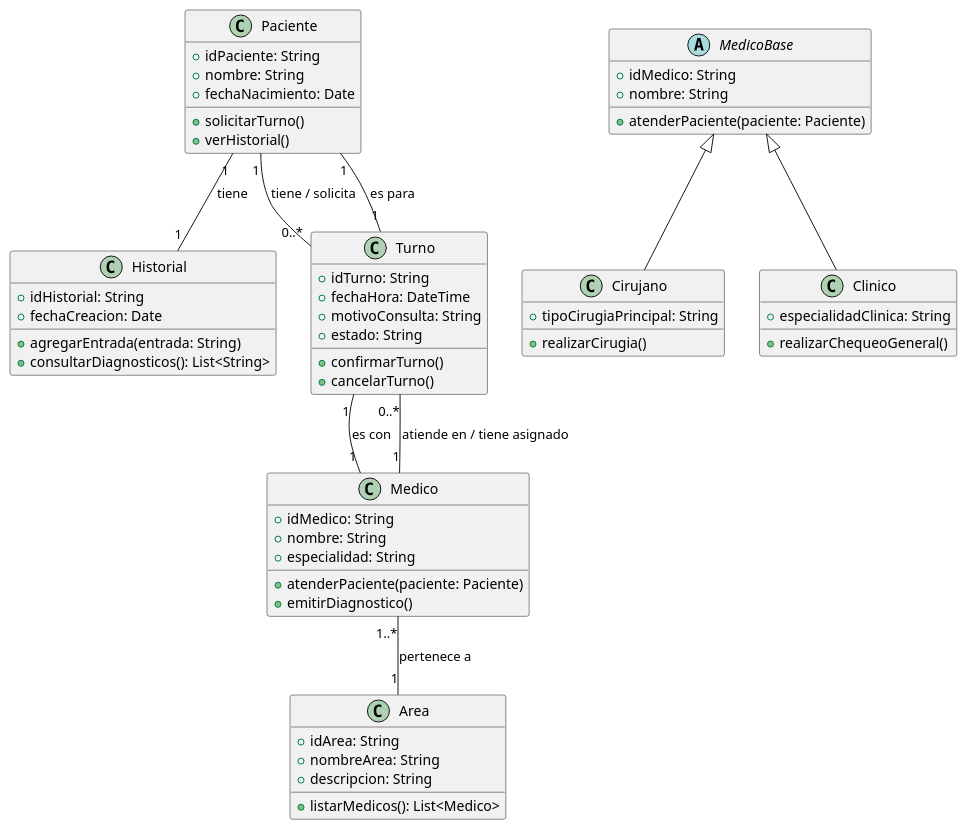
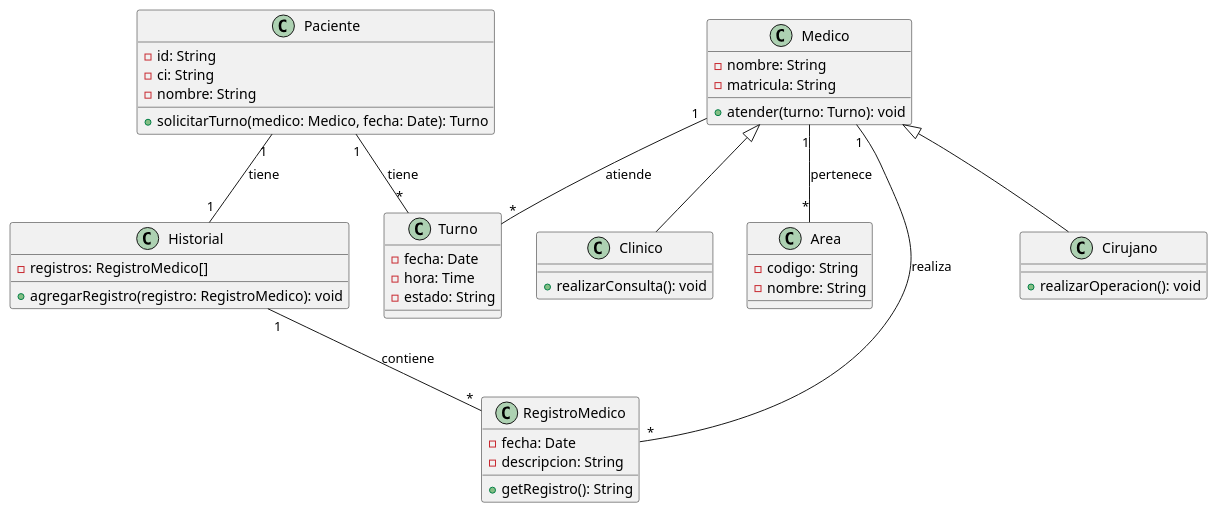
The diagram in src/Ejercicio3/Ejercicio3.puml (pablodmconti/PII-Repartido5), drawn with PlantUML before and after one commit. The commit also changed 9 other files, not shown here.

```diff
--- a/src/Ejercicio3/Ejercicio3.puml
+++ b/src/Ejercicio3/Ejercicio3.puml
@@ -1,68 +1,56 @@
 @startuml
 'https://plantuml.com/class-diagram
 
 class Paciente {
-  + idPaciente: String
-  + nombre: String
-  + fechaNacimiento: Date
-  + solicitarTurno()
-  + verHistorial()
+  - id: String
+  - ci: String
+  - nombre: String
+  +solicitarTurno(medico: Medico, fecha: Date): Turno
+}
+
+class Medico {
+  - nombre: String
+  - matricula: String
+  + atender(turno: Turno): void
+}
+
+class Turno {
+  - fecha: Date
+  - hora: Time
+  - estado: String
 }
 
 class Historial {
-  + idHistorial: String
-  + fechaCreacion: Date
-  + agregarEntrada(entrada: String)
-  + consultarDiagnosticos(): List<String>
+  - registros: RegistroMedico[]
+  + agregarRegistro(registro: RegistroMedico): void
 }
 
-class Medico {
-  + idMedico: String
-  + nombre: String
-  + especialidad: String
-  + atenderPaciente(paciente: Paciente)
-  + emitirDiagnostico()
+class Cirujano extends Medico {
+  + realizarOperacion(): void
+}
+
+class Clinico extends Medico {
+  + realizarConsulta(): void
 }
 
 class Area {
-  + idArea: String
-  + nombreArea: String
-  + descripcion: String
-  + listarMedicos(): List<Medico>
+  - codigo: String
+  - nombre: String
 }
 
-class Turno {
-  + idTurno: String
-  + fechaHora: DateTime
-  + motivoConsulta: String
-  + estado: String
-  + confirmarTurno()
-  + cancelarTurno()
-}
-
-' --- Herencia para tipos de Médicos ---
-abstract class MedicoBase {
-  + idMedico: String
-  + nombre: String
-  + atenderPaciente(paciente: Paciente)
-}
-
-class Cirujano extends MedicoBase {
-  + tipoCirugiaPrincipal: String
-  + realizarCirugia()
-}
-
-class Clinico extends MedicoBase {
-  + especialidadClinica: String
-  + realizarChequeoGeneral()
+class RegistroMedico{
+    - fecha: Date
+    - descripcion: String
+    + getRegistro(): String
 }
 
 ' --- Relaciones ---
-Paciente "1" -- "1" Historial : tiene
-Paciente "1" -- "0..*" Turno : tiene / solicita
-Medico "1" -- "0..*" Turno : atiende en / tiene asignado
-Medico "1..*" -- "1" Area : pertenece a
-Turno "1" -- "1" Medico : es con
-Turno "1" -- "1" Paciente : es para
+Paciente "1" -- "1" Historial: tiene
+Paciente "1" -- "*" Turno: tiene
+Medico "1" -- "*" Turno: atiende
+Medico "1" -- "*" Area: pertenece
+Medico "1" -- "*" RegistroMedico: realiza
+Historial "1" -- "*" RegistroMedico: contiene
+
 
 @enduml
```
